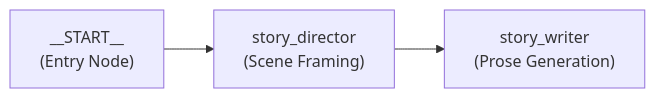
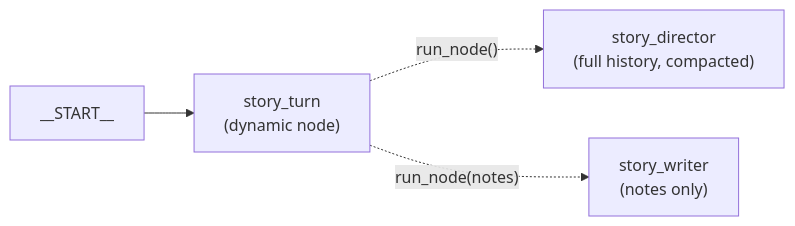
The first of 4 diagrams in .agents/skills/story-copilot/references/story-workflow-graph.md (tangcc35/slm-vlm-post-training), drawn with Mermaid before and after one commit. The commit also changed other lines of this file and 23 other files, not shown here.

````diff
--- a/.agents/skills/story-copilot/references/story-workflow-graph.md
+++ b/.agents/skills/story-copilot/references/story-workflow-graph.md
@@ -50,5 +46,6 @@
 ```mermaid
 graph LR
-    START["__START__<br/>(Entry Node)"] --> DIR["story_director<br/>(Scene Framing)"]
-    DIR --> WRI["story_writer<br/>(Prose Generation)"]
+    START["__START__"] --> TURN["story_turn<br/>(dynamic node)"]
+    TURN -. "run_node()" .-> DIR["story_director<br/>(full history, compacted)"]
+    TURN -. "run_node(notes)" .-> WRI["story_writer<br/>(notes only)"]
 ```
````
